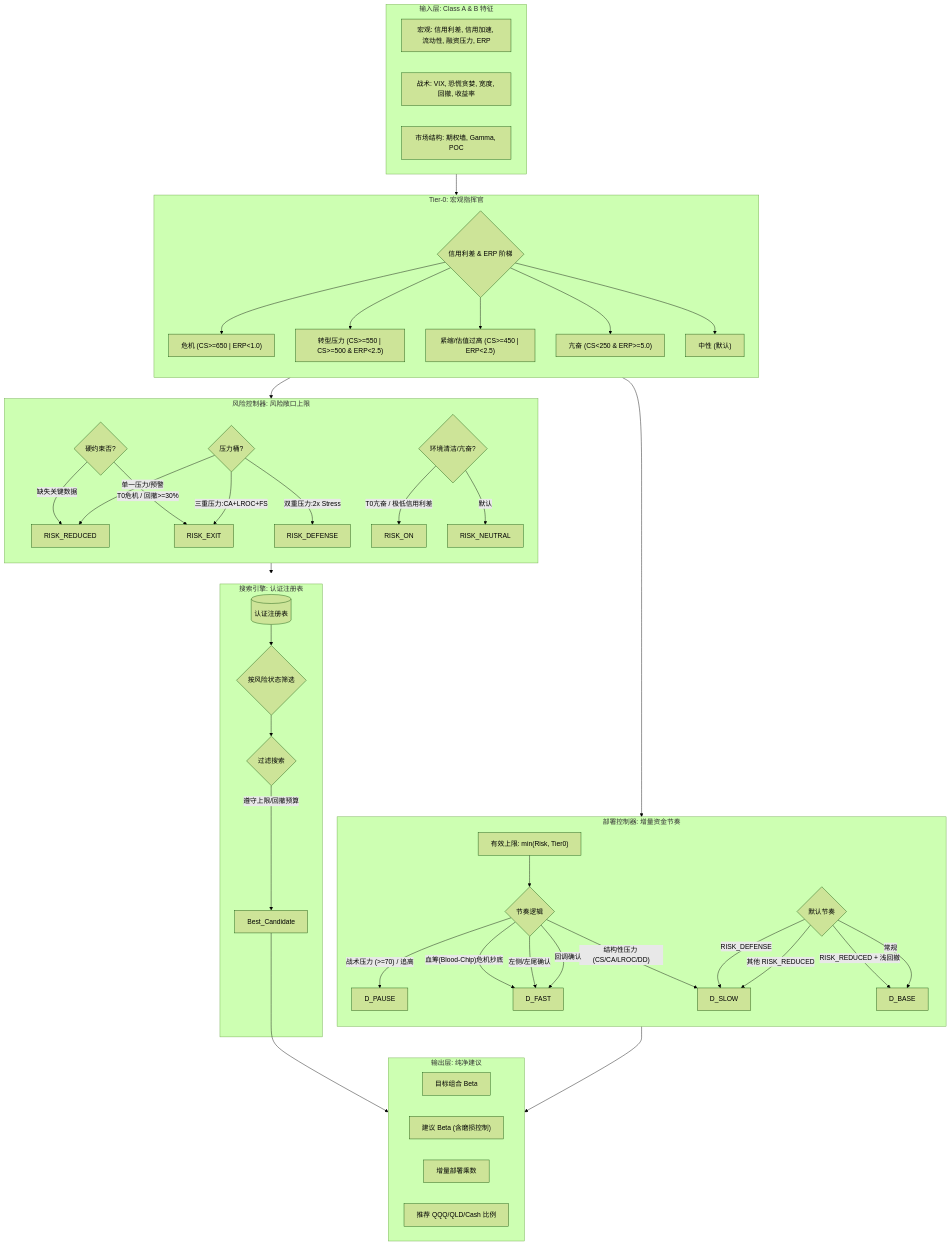
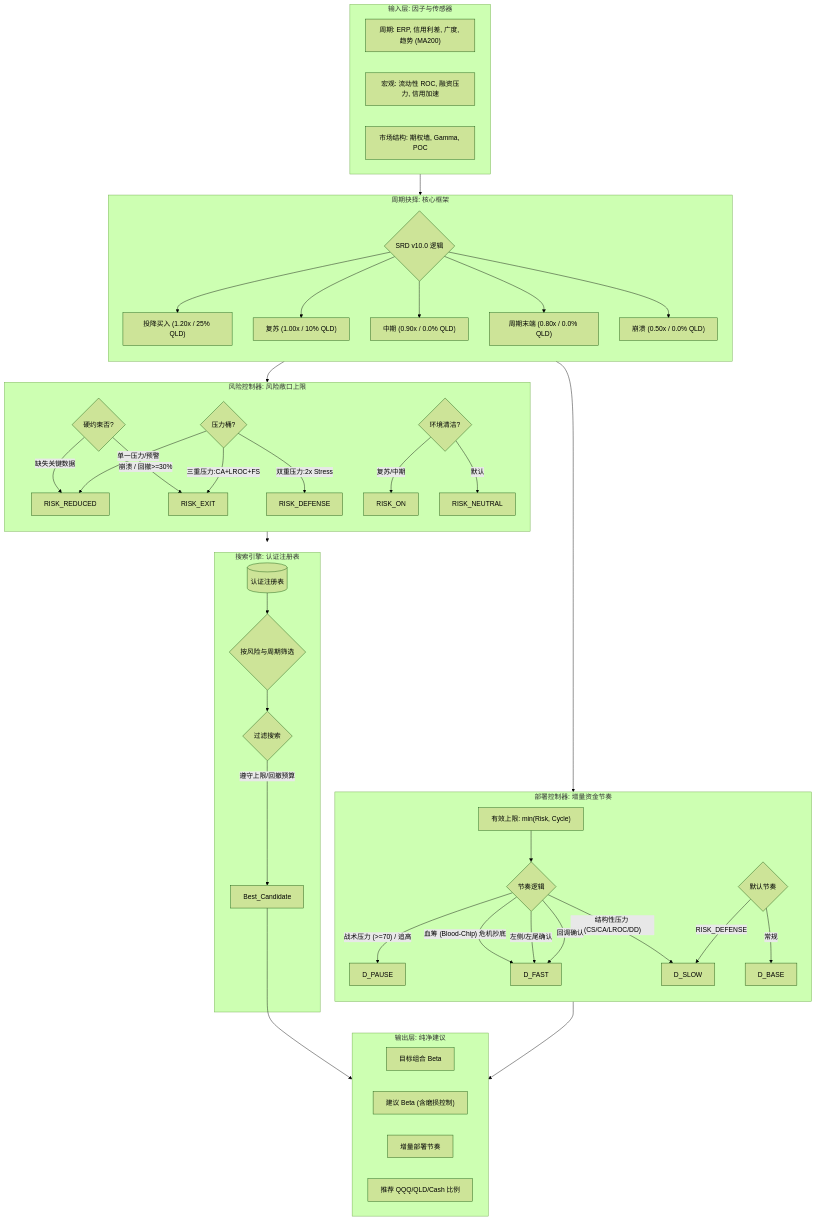
The diagram in README-CN.md (yutaofr/qqq-buyer-monitor), drawn with Mermaid (forest theme) before and after one commit. The commit also changed other lines of this file and 3 other files, not shown here.

Commit message:
docs: upgrade to v10.0 cycle-driven architecture narrative and images

````diff
--- a/README-CN.md
+++ b/README-CN.md
@@ -127,79 +131,77 @@
 ```mermaid
 flowchart TD
-    subgraph Data_Layer ["输入层: Class A & B 特征"]
+    subgraph Data_Layer ["输入层: 因子与传感器"]
         direction LR
-        Macro["宏观: 信用利差, 信用加速, 流动性, 融资压力, ERP"]
-        Tactical["战术: VIX, 恐慌贪婪, 宽度, 回撤, 收益率"]
+        Cycle_Factors["周期: ERP, 信用利差, 广度, 趋势 (MA200)"]
+        Macro["宏观: 流动性 ROC, 融资压力, 信用加速"]
         Structure["市场结构: 期权墙, Gamma, POC"]
     end
 
-    Data_Layer --> T0_Commander
+    Data_Layer --> Cycle_Choice
 
-    subgraph T0_Commander ["Tier-0: 宏观指挥官"]
+    subgraph Cycle_Choice ["周期抉择: 核心框架"]
         direction TB
-        T0_Logic{"信用利差 & ERP 阶梯"}
-        T0_Logic --> CRISIS["危机 (CS>=650 | ERP<1.0)"]
-        T0_Logic --> TRANSITION_STRESS["转型压力 (CS>=550 | CS>=500 & ERP<2.5)"]
-        T0_Logic --> RICH_TIGHTENING["紧缩/估值过高 (CS>=450 | ERP<2.5)"]
-        T0_Logic --> EUPHORIC["亢奋 (CS<250 & ERP>=5.0)"]
-        T0_Logic --> NEUTRAL["中性 (默认)"]
+        C_Logic{"SRD v10.0 逻辑"}
+        C_Logic --> CAP["投降买入 (1.20x / 25% QLD)"]
+        C_Logic --> REC["复苏 (1.00x / 10% QLD)"]
+        C_Logic --> MID["中期 (0.90x / 0.0% QLD)"]
+        C_Logic --> LATE["周期末端 (0.80x / 0.0% QLD)"]
+        C_Logic --> BUST["崩溃 (0.50x / 0.0% QLD)"]
     end
 
-    T0_Commander --> Risk_Controller
+    Cycle_Choice --> Risk_Controller
 
     subgraph Risk_Controller ["风险控制器: 风险敞口上限"]
         direction TB
         Veto{硬约束否?}
         Veto -- 缺失关键数据 --> RISK_REDUCED
-        Veto -- T0危机 / 回撤>=30% --> RISK_EXIT
+        Veto -- 崩溃 / 回撤>=30% --> RISK_EXIT
         
         Stress{压力桶?}
         Stress -- 三重压力:CA+LROC+FS --> RISK_EXIT
         Stress -- 双重压力:2x Stress --> RISK_DEFENSE
         Stress -- 单一压力/预警 --> RISK_REDUCED
         
-        Clean{环境清洁/亢奋?}
-        Clean -- T0亢奋 / 极低信用利差 --> RISK_ON
+        Clean{环境清洁?}
+        Clean -- 复苏/中期 --> RISK_ON
         Clean -- 默认 --> RISK_NEUTRAL
     end
 
     Risk_Controller --> Search_Engine
-    T0_Commander --> Deployment_Controller
+    Cycle_Choice --> Deployment_Controller
 
     subgraph Search_Engine ["搜索引擎: 认证注册表"]
         Registry[(认证注册表)]
-        Registry --> Scoping{按风险状态筛选}
+        Registry --> Scoping{按风险与周期筛选}
         Scoping --> Selection{过滤搜索}
         Selection -- 遵守上限/回撤预算 --> Best_Candidate
     end
 
     subgraph Deployment_Controller ["部署控制器: 增量资金节奏"]
         direction TB
-        D_Ceiling["有效上限: min(Risk, Tier0)"]
+        D_Ceiling["有效上限: min(Risk, Cycle)"]
         
         D_Logic{节奏逻辑}
         D_Logic -- "战术压力 (>=70) / 追高" --> D_PAUSE
-        D_Logic -- "血筹(Blood-Chip)危机抄底" --> D_FAST
+        D_Logic -- "血筹 (Blood-Chip) 危机抄底" --> D_FAST
         D_Logic -- "左侧/左尾确认" --> D_FAST
         D_Logic -- "结构性压力 (CS/CA/LROC/DD)" --> D_SLOW
         D_Logic -- "回调确认" --> D_FAST
         
         Defaults{默认节奏}
         Defaults -- "RISK_DEFENSE" --> D_SLOW
-        Defaults -- "RISK_REDUCED + 浅回撤" --> D_BASE
-        Defaults -- "其他 RISK_REDUCED" --> D_SLOW
         Defaults -- "常规" --> D_BASE
 
         D_Ceiling --> D_Logic
     end
 
     Best_Candidate --> Recommendation
     Deployment_Controller --> Recommendation
 
     subgraph Recommendation [输出层: 纯净建议]
         target_beta["目标组合 Beta"]
         advised_beta["建议 Beta (含磨损控制)"]
-        deployment_multiplier["增量部署乘数"]
+        deployment_multiplier["增量部署节奏"]
         allocation["推荐 QQQ/QLD/Cash 比例"]
     end
 ```
````
